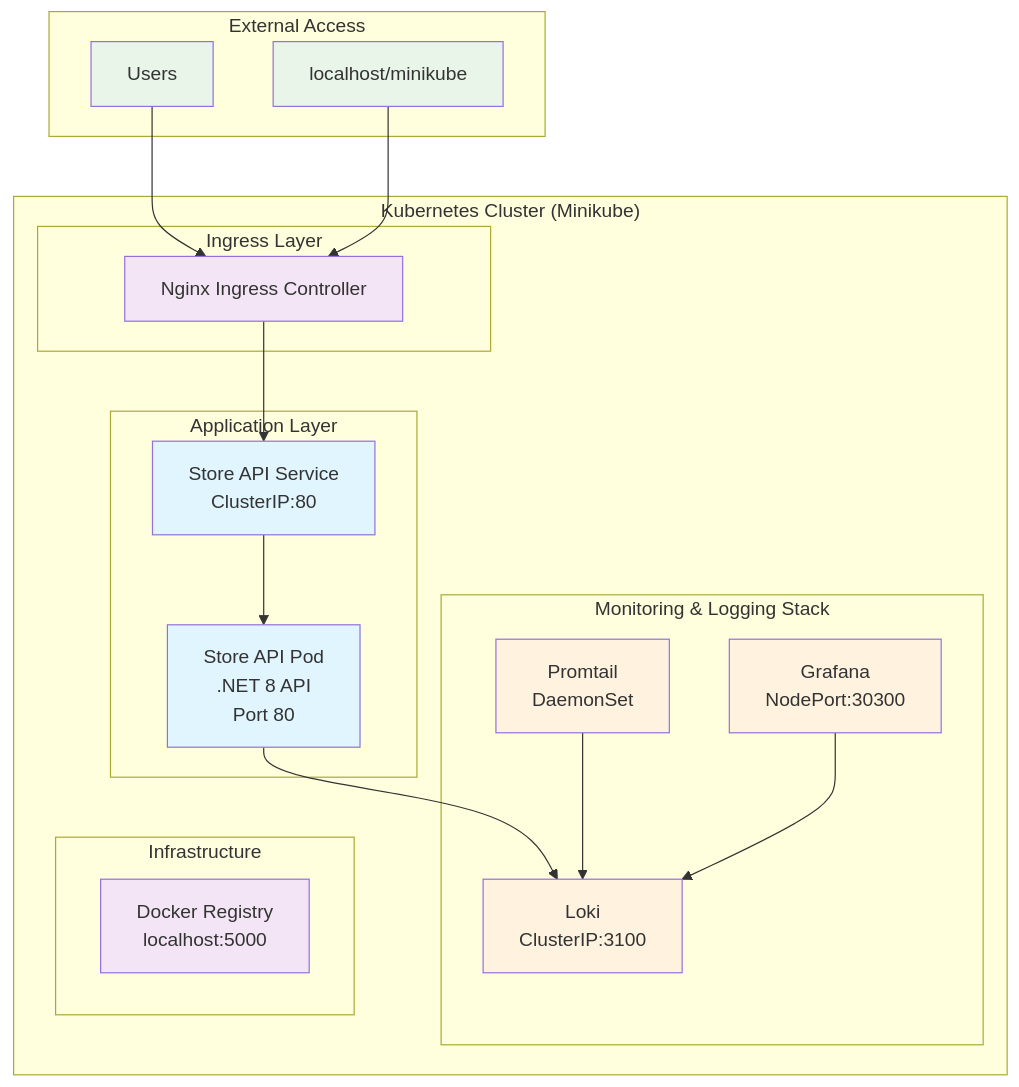
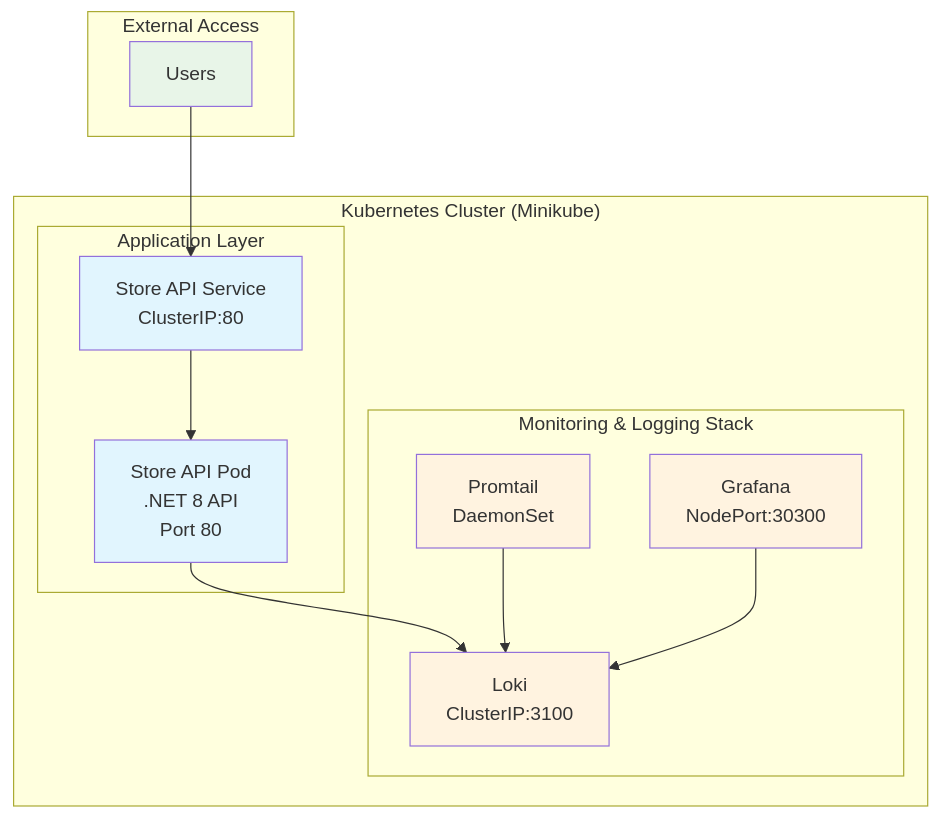
The first of 2 diagrams in ARCHITECTURE.md (andonyns/devops-challenge), drawn with Mermaid before and after one commit. The commit also changed other lines of this file and 3 other files, not shown here.

````diff
--- a/ARCHITECTURE.md
+++ b/ARCHITECTURE.md
@@ -9,46 +9,35 @@
 ```mermaid
 graph TB
     subgraph "External Access"
         U[Users]
-        LH[localhost/minikube]
     end
     
     subgraph "Kubernetes Cluster (Minikube)"
-        subgraph "Ingress Layer"
-            IC[Nginx Ingress Controller]
-        end
         
         subgraph "Application Layer"
             SVC[Store API Service<br/>ClusterIP:80]
             POD[Store API Pod<br/>.NET 8 API<br/>Port 80]
         end
         
         subgraph "Monitoring & Logging Stack"
             GR[Grafana<br/>NodePort:30300]
             LK[Loki<br/>ClusterIP:3100]
             PT[Promtail<br/>DaemonSet]
         end
         
-        subgraph "Infrastructure"
-            REG[Docker Registry<br/>localhost:5000]
-        end
     end
     
-    U --> IC
-    LH --> IC
-    IC --> SVC
+    U --> SVC
     SVC --> POD
     POD --> LK
     PT --> LK
     GR --> LK
     
     classDef application fill:#e1f5fe
     classDef monitoring fill:#fff3e0
-    classDef infrastructure fill:#f3e5f5
     classDef external fill:#e8f5e8
     
     class POD,SVC application
     class GR,LK,PT monitoring
-    class IC,REG infrastructure
-    class U,LH external
+    class U external
 ```
````
